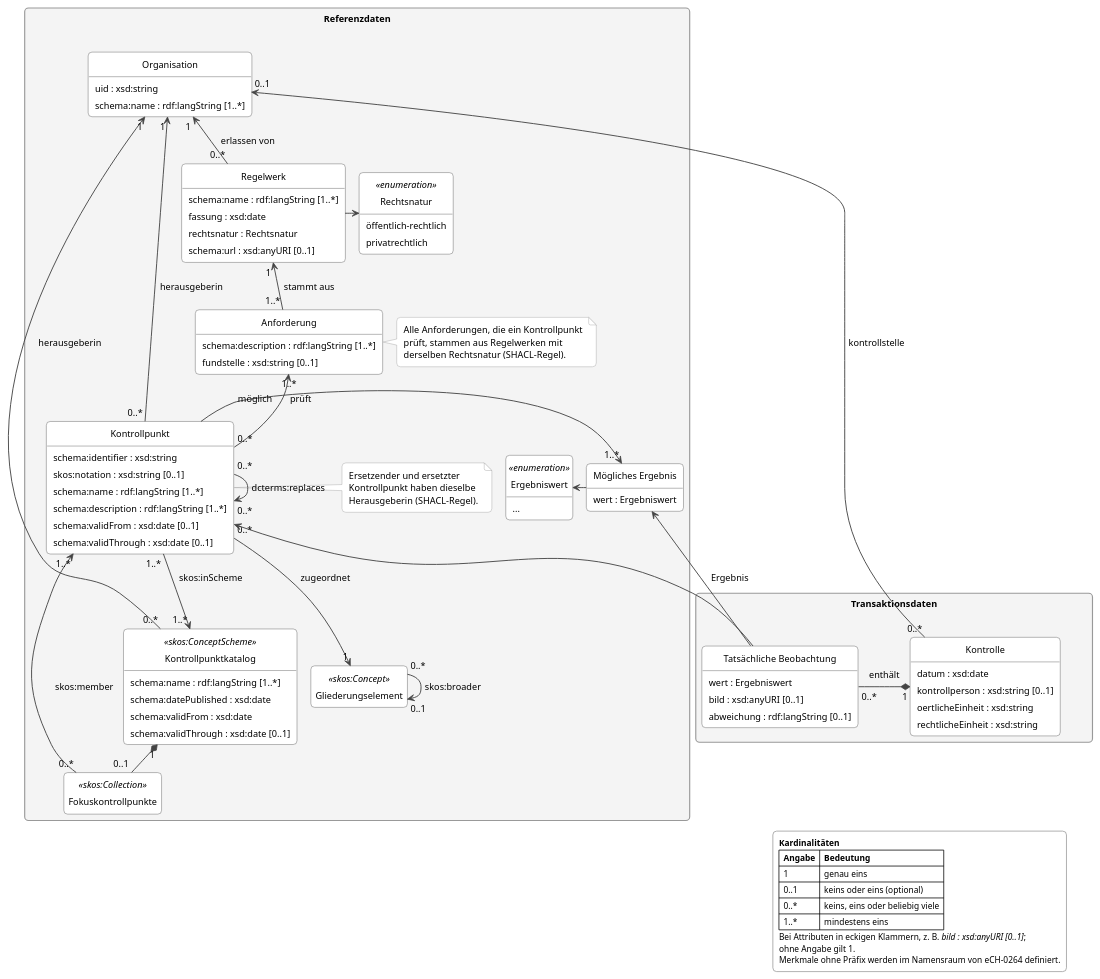
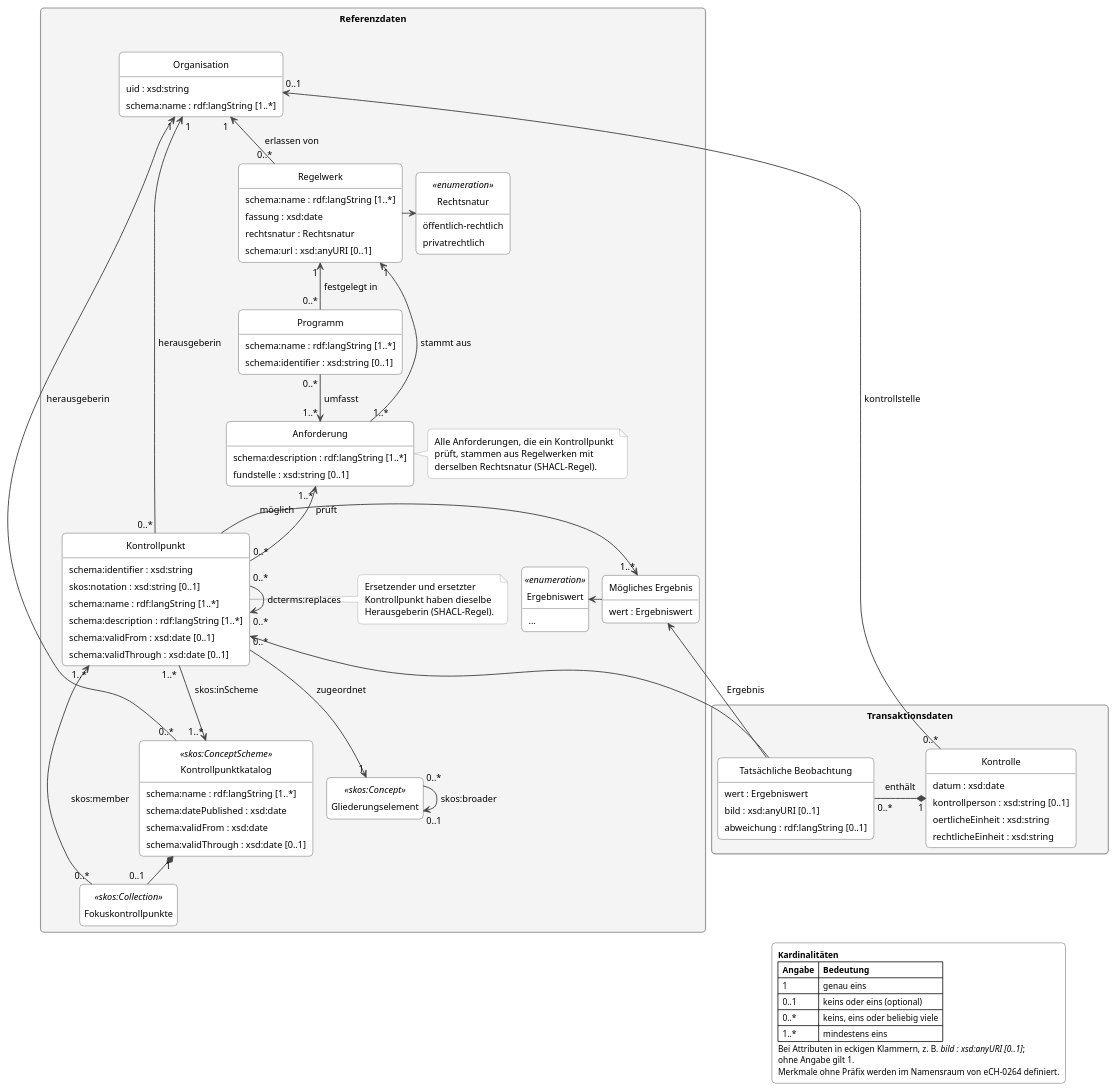
The diagram in docs/de/assets/puml/logical_model.puml (Persilian/eCH-0264), drawn with PlantUML before and after one commit. The commit also changed 2 other files, not shown here.

Commit message:
Add Programm to the data model
A Programm such as RAUS or BTS is defined in a Regelwerk and bundles
Anforderungen; one Anforderung can belong to several programmes.
Document the decision.

```diff
--- a/docs/de/assets/puml/logical_model.puml
+++ b/docs/de/assets/puml/logical_model.puml
@@ -4,135 +4,143 @@
 @startuml
 !pragma layout smetana
 skinparam shadowing false
 skinparam roundCorner 10
 skinparam packageStyle rectangle
 skinparam defaultFontSize 12
 skinparam Padding 3
 skinparam ArrowColor #444444
 skinparam ArrowThickness 1.2
 skinparam classBorderColor #444444
 skinparam classBackgroundColor #FFFFFF
 skinparam packageBorderColor #999999
 skinparam packageBackgroundColor #F4F4F4
 skinparam noteBorderColor #999999
 skinparam noteBackgroundColor #FFFFFF
 skinparam classAttributeIconSize 0
 skinparam legendBorderColor #999999
 skinparam legendBackgroundColor #FFFFFF
 skinparam legendFontSize 11
 hide circle
 hide empty members
 
 package "Referenzdaten" as REF {
   class "Organisation" as ORG {
     uid : xsd:string
     schema:name : rdf:langString [1..*]
   }
   class "Regelwerk" as RW {
     schema:name : rdf:langString [1..*]
     fassung : xsd:date
     rechtsnatur : Rechtsnatur
     schema:url : xsd:anyURI [0..1]
   }
   enum "Rechtsnatur" as RN <<enumeration>> {
     öffentlich-rechtlich
     privatrechtlich
   }
   class "Anforderung" as ANF {
     schema:description : rdf:langString [1..*]
     fundstelle : xsd:string [0..1]
   }
+  class "Programm" as PRG {
+    schema:name : rdf:langString [1..*]
+    schema:identifier : xsd:string [0..1]
+  }
   class "Kontrollpunktkatalog" as KAT <<skos:ConceptScheme>> {
     schema:name : rdf:langString [1..*]
     schema:datePublished : xsd:date
     schema:validFrom : xsd:date
     schema:validThrough : xsd:date [0..1]
   }
   class "Fokuskontrollpunkte" as FKP <<skos:Collection>>
   class "Gliederungselement" as KZ <<skos:Concept>>
   class "Kontrollpunkt" as KP {
     schema:identifier : xsd:string
     skos:notation : xsd:string [0..1]
     schema:name : rdf:langString [1..*]
     schema:description : rdf:langString [1..*]
     schema:validFrom : xsd:date [0..1]
     schema:validThrough : xsd:date [0..1]
   }
   class "Mögliches Ergebnis" as ERG {
     wert : Ergebniswert
   }
   enum "Ergebniswert" as ERGW <<enumeration>> {
     ...
   }
 
   ' Herkunft: Organisation erlässt Regelwerk, Regelwerk enthält Anforderungen
   RW "0..*" -up-> "1" ORG : erlassen von
   RW -right-> RN
   ANF "1..*" -up-> "1" RW : stammt aus
+
+  ' Programm: bündelt Anforderungen, zu deren Einhaltung sich ein Betrieb mit der Anmeldung verpflichtet
+  PRG "0..*" -up-> "1" RW : festgelegt in
+  PRG "0..*" --> "1..*" ANF : umfasst
 
   ' Kontrollpunkt prüft Anforderungen und wird von einer Organisation herausgegeben
   KP "0..*" -up-> "1..*" ANF : prüft
   KP "0..*" -up-> "1" ORG : herausgeberin
 
   ' Jährliche Ausgabe: Katalog mit gültigen Kontrollpunkten und Auswahl der Fokuskontrollpunkte
   KAT "0..*" --> "1" ORG : herausgeberin
   KP "1..*" --> "1..*" KAT : skos:inScheme
   KAT "1" *-- "0..1" FKP
   FKP "0..*" --> "1..*" KP : skos:member
 
   ' Gliederung: Gliederungselemente sind über skos:broader beliebig tief verschachtelt
   ' (z. B. Kontrollbereich > Rubrik > Gruppe)
   KZ "0..*" --> "0..1" KZ : skos:broader
   KP "0..*" --> "1" KZ : zugeordnet
 
   ' Ersetzung: ein neuer Kontrollpunkt ersetzt einen oder mehrere frühere Kontrollpunkte
   KP "0..*" --> "0..*" KP : dcterms:replaces
   note right of KP
     Ersetzender und ersetzter
     Kontrollpunkt haben dieselbe
     Herausgeberin (SHACL-Regel).
   end note
 
   note right of ANF
     Alle Anforderungen, die ein Kontrollpunkt
     prüft, stammen aus Regelwerken mit
     derselben Rechtsnatur (SHACL-Regel).
   end note
 
   KP -left-> "1..*" ERG : möglich
   ERG -left-> ERGW
 }
 
 package "Transaktionsdaten" as TRX {
   ' Verweise auf Stammdaten über Identifikatoren
   class "Kontrolle" as KON {
     datum : xsd:date
     kontrollperson : xsd:string [0..1]
     oertlicheEinheit : xsd:string
     rechtlicheEinheit : xsd:string
   }
   class "Tatsächliche Beobachtung" as BEO {
     wert : Ergebniswert
     bild : xsd:anyURI [0..1]
     abweichung : rdf:langString [0..1]
   }
   KON "1" *-right- "0..*" BEO : enthält
 }
 
 BEO -up-> KP
 BEO -up-> ERG : Ergebnis
 KON "0..*" -up-> "0..1" ORG : kontrollstelle
 REF -[hidden]down- TRX
 
 legend bottom right
   <b>Kardinalitäten</b>
   |= Angabe |= Bedeutung |
   | 1 | genau eins |
   | 0..1 | keins oder eins (optional) |
   | 0..* | keins, eins oder beliebig viele |
   | 1..* | mindestens eins |
   Bei Attributen in eckigen Klammern, z. B. <i>bild : xsd:anyURI [0..1]</i>;
   ohne Angabe gilt 1.
   Merkmale ohne Präfix werden im Namensraum von eCH-0264 definiert.
 endlegend
 @enduml
```
